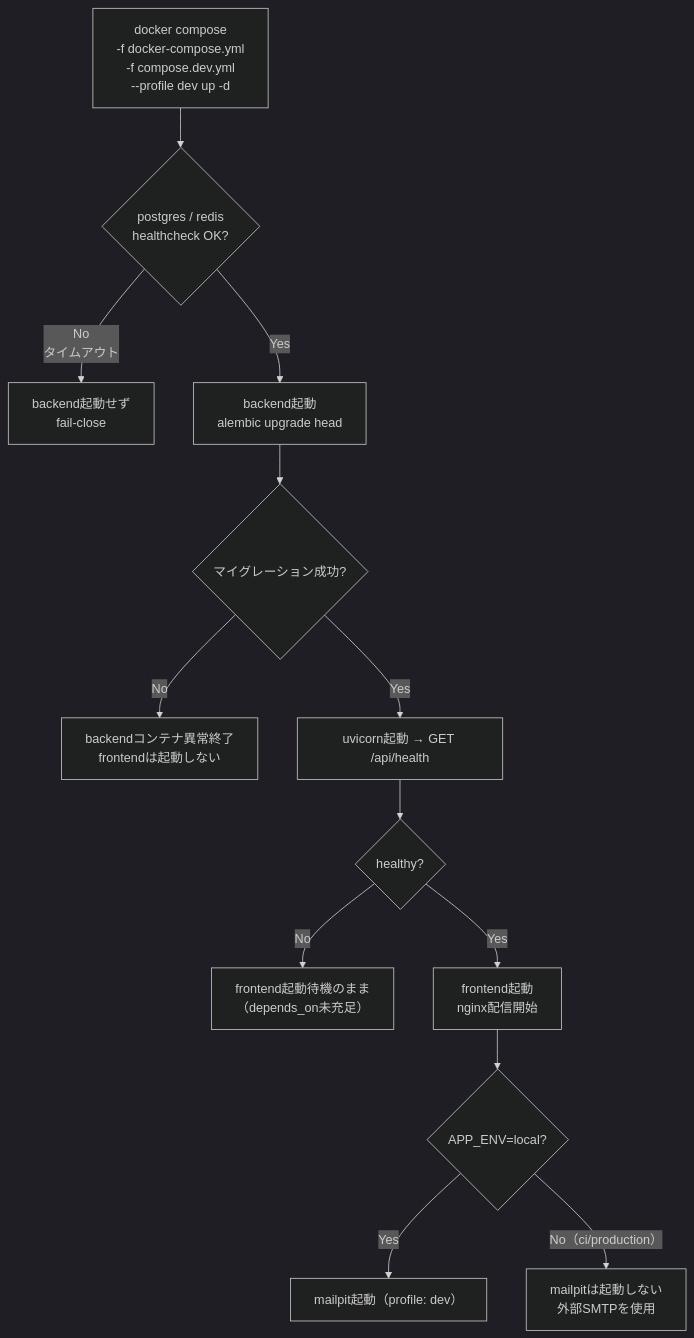
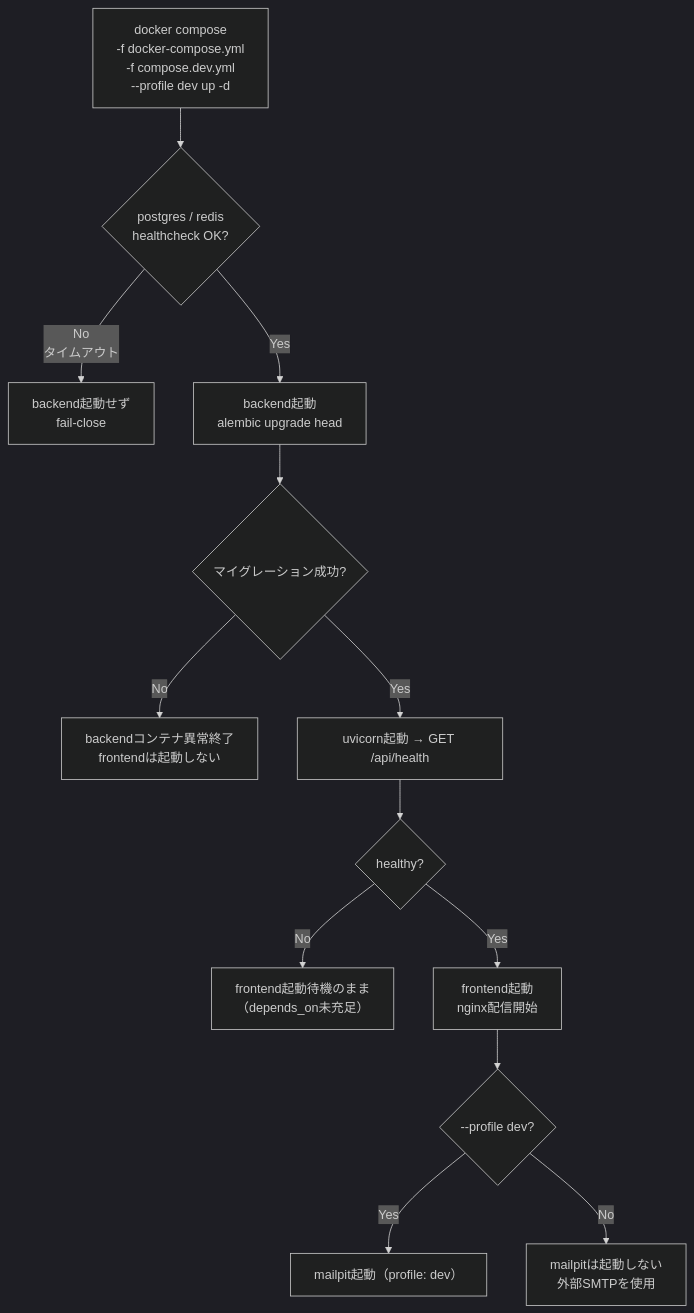
One commit to oikawa-d/task_management changed the third of 5 diagrams in docs/detailed_design/infra/01_docker_compose.md. Above: the diagram before and after it, drawn with Mermaid (dark theme). The commit also changed other lines of this file and 3 other files, not shown here.

````diff
--- a/docs/detailed_design/infra/01_docker_compose.md
+++ b/docs/detailed_design/infra/01_docker_compose.md
@@ -121,15 +121,15 @@
 ```mermaid
 flowchart TB
     A["docker compose<br/>-f docker-compose.yml<br/>-f compose.dev.yml<br/>--profile dev up -d"] --> B{"postgres / redis<br/>healthcheck OK?"}
     B -->|No<br/>タイムアウト| F1["backend起動せず<br/>fail-close"]
     B -->|Yes| C["backend起動<br/>alembic upgrade head"]
     C --> D{"マイグレーション成功?"}
     D -->|No| F2["backendコンテナ異常終了<br/>frontendは起動しない"]
     D -->|Yes| E["uvicorn起動 → GET /api/health"]
     E --> G{"healthy?"}
     G -->|No| F3["frontend起動待機のまま<br/>（depends_on未充足）"]
     G -->|Yes| H["frontend起動<br/>nginx配信開始"]
-    H --> I{"APP_ENV=local?"}
+    H --> I{"--profile dev?"}
     I -->|Yes| J["mailpit起動（profile: dev）"]
-    I -->|No（ci/production）| K["mailpitは起動しない<br/>外部SMTPを使用"]
+    I -->|No| K["mailpitは起動しない<br/>外部SMTPを使用"]
 ```
````
